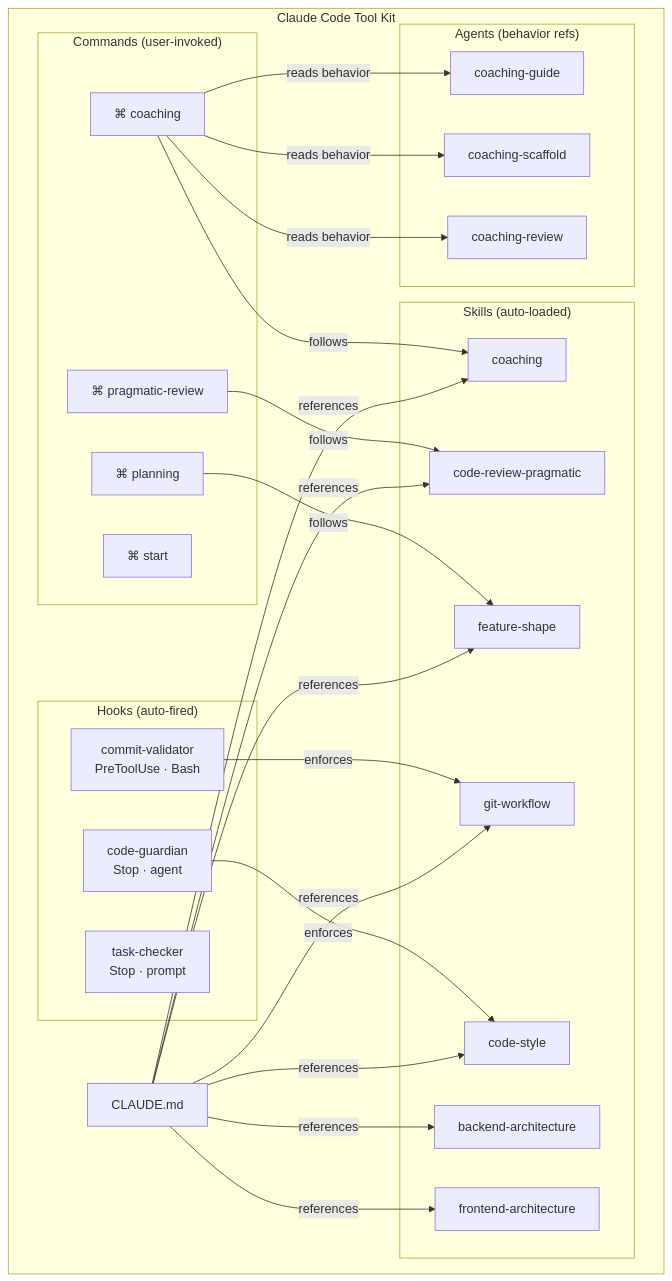
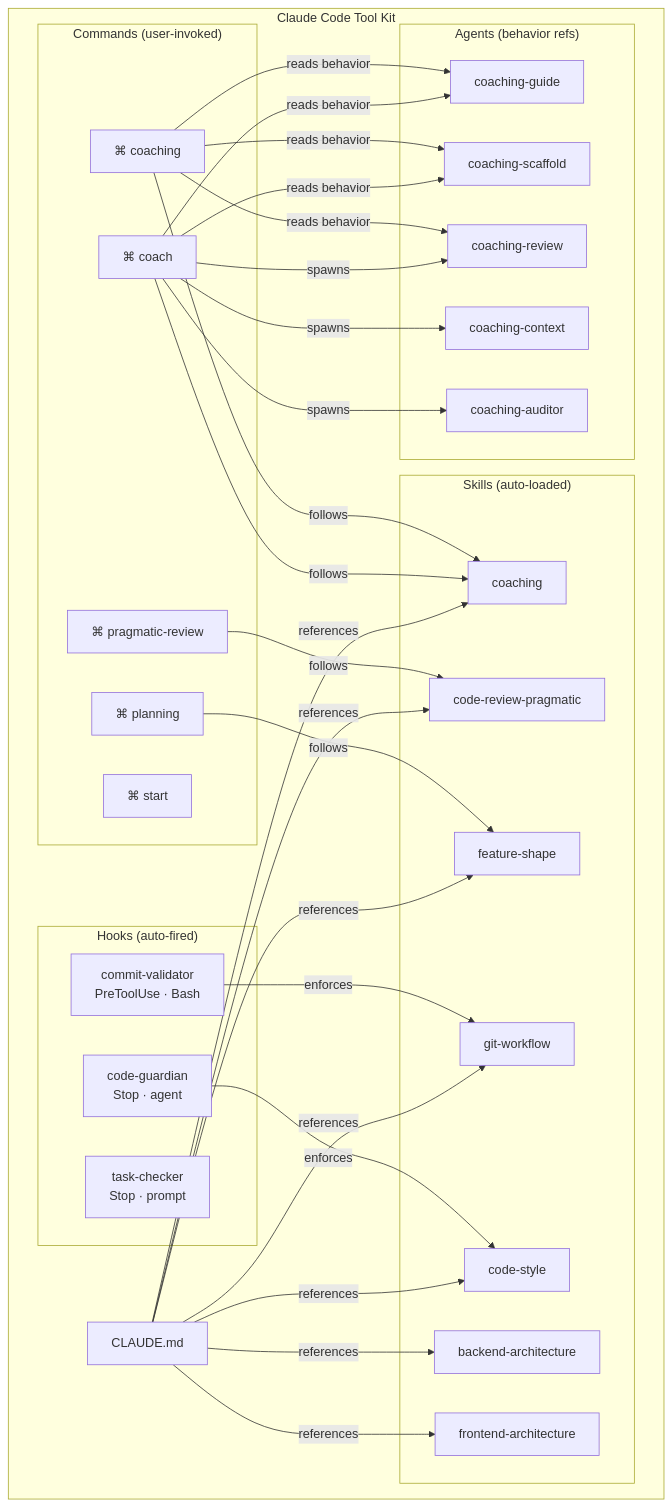
The first of 2 diagrams in README.md (TituxMetal/claude-code-tool-kit), drawn with Mermaid before and after one commit. The commit also changed other lines of this file and 2 other files, not shown here.

Commit message:
feat(coaching): integrate coach pipeline into install, docs, and config
Files:
- install.sh: update validation thresholds (commands 4→5, agents 3→5), add coach.md/coaching-auditor.md/coaching-context.md to uninstall arrays, add /coach to usage display
- README.md: add coach.md to structure tree, /coach to commands table, coaching-context and coaching-auditor to agents table, C5/A4/A5 nodes with connections to mermaid diagram
- CLAUDE.md: add /coach to commands table, coaching-context and coaching-auditor to agents table

````diff
--- a/README.md
+++ b/README.md
@@ -80,47 +86,57 @@
 ```mermaid
 graph TB
     subgraph "Claude Code Tool Kit"
         subgraph "Skills (auto-loaded)"
             S1[backend-architecture]
             S2[frontend-architecture]
             S3[code-style]
             S4[git-workflow]
             S5[coaching]
             S6[feature-shape]
             S7[code-review-pragmatic]
         end
 
         subgraph "Commands (user-invoked)"
             C1["⌘ start"]
             C2["⌘ planning"]
             C3["⌘ coaching"]
             C4["⌘ pragmatic-review"]
+            C5["⌘ coach"]
         end
 
         subgraph "Agents (behavior refs)"
             A1[coaching-guide]
             A2[coaching-scaffold]
             A3[coaching-review]
+            A4[coaching-context]
+            A5[coaching-auditor]
         end
 
         subgraph "Hooks (auto-fired)"
             H1["commit-validator<br/>PreToolUse · Bash"]
             H2["task-checker<br/>Stop · prompt"]
             H3["code-guardian<br/>Stop · agent"]
         end
 
         CFG[CLAUDE.md]
     end
 
     C3 -->|"reads behavior"| A1
     C3 -->|"reads behavior"| A2
     C3 -->|"reads behavior"| A3
     C3 -->|"follows"| S5
     C4 -->|"follows"| S7
     C2 -->|"follows"| S6
 
+    C5 -->|"spawns"| A4
+    C5 -->|"reads behavior"| A1
+    C5 -->|"reads behavior"| A2
+    C5 -->|"spawns"| A3
+    C5 -->|"spawns"| A5
+    C5 -->|"follows"| S5
+
     H1 -->|"enforces"| S4
     H3 -->|"enforces"| S3
 
     CFG -->|"references"| S1 & S2 & S3 & S4 & S5 & S6 & S7
 ```
````
